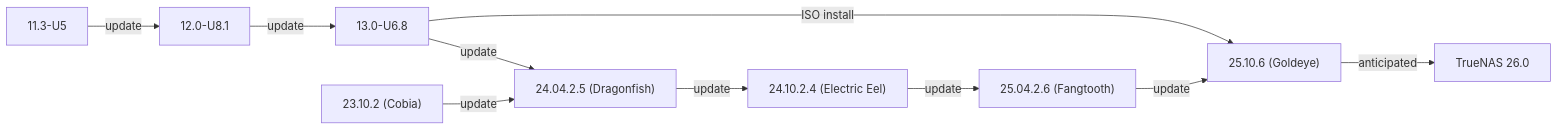
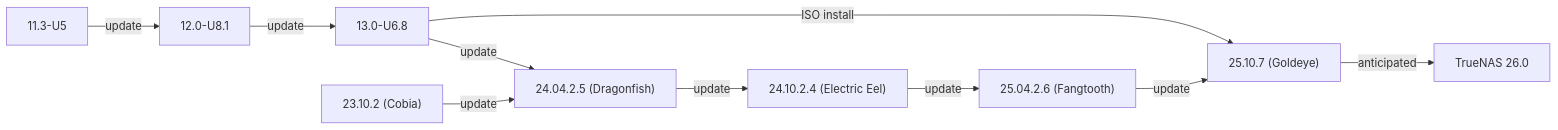
Before and after one commit to truenas/documentation: the second of 2 diagrams in static/includes/SCALEUpgradePaths.md, drawn with Mermaid. The commit also changed other lines of this file and 2 other files, not shown here.

Commit message:
DOCS-2733 / 27 / Docs 2733 25 10 7 follow up (#4758)
* Update SCALEUpgradePaths.md

* Update truenas-downloads.yaml

* Update scale-releases.yaml

---------

```diff
--- a/static/includes/SCALEUpgradePaths.md
+++ b/static/includes/SCALEUpgradePaths.md
@@ -53,13 +53,13 @@
             {{< mermaid class="mermaid_sizing" >}}
             flowchart LR
               A["11.3-U5"] -->|update| B
               B["12.0-U8.1"] -->|update| C
               C["13.0-U6.8"] -->|ISO install| H
               C -->|update| E
               D["23.10.2 (Cobia)"] -->|update| E
               E["24.04.2.5 (Dragonfish)"]  -->|update| F
               F["24.10.2.4 (Electric Eel)"] -->|update| G
               G["25.04.2.6 (Fangtooth)"] -->|update| H
-              H["25.10.6 (Goldeye)"] -->|"anticipated"| I
+              H["25.10.7 (Goldeye)"] -->|"anticipated"| I
               I["TrueNAS 26.0"]
             {{< /mermaid >}}
```
